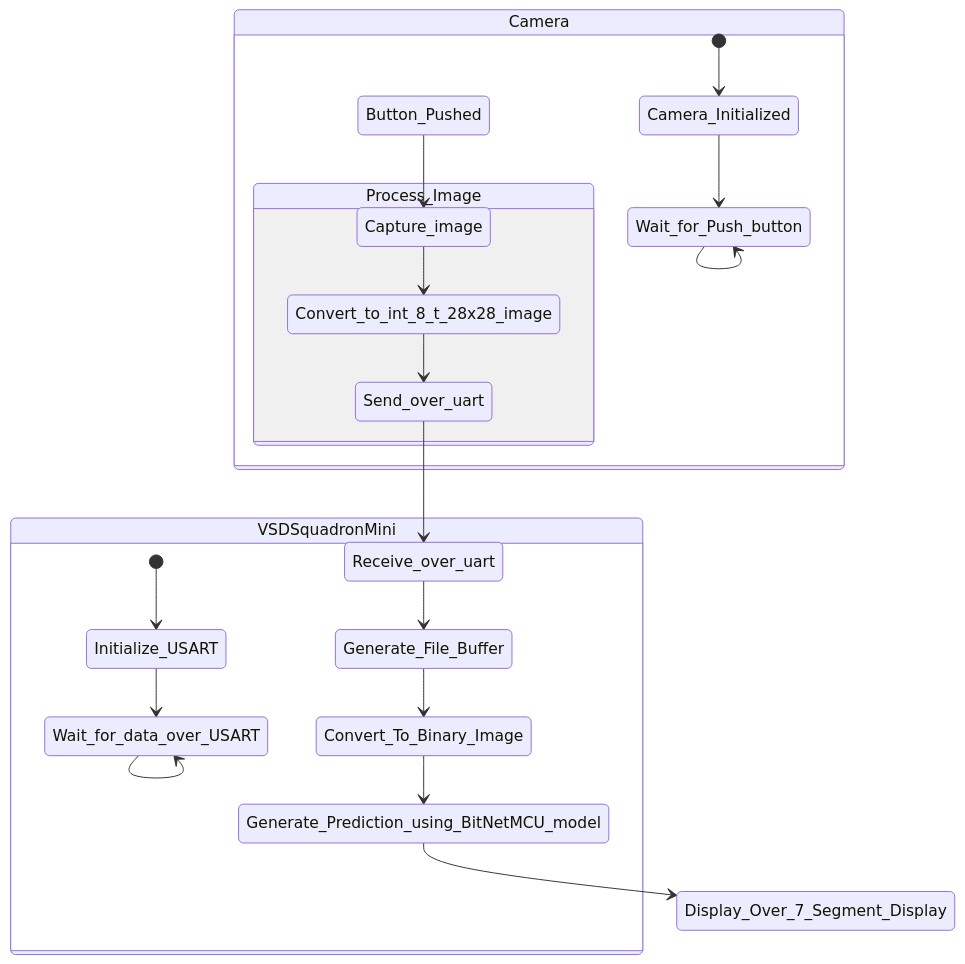
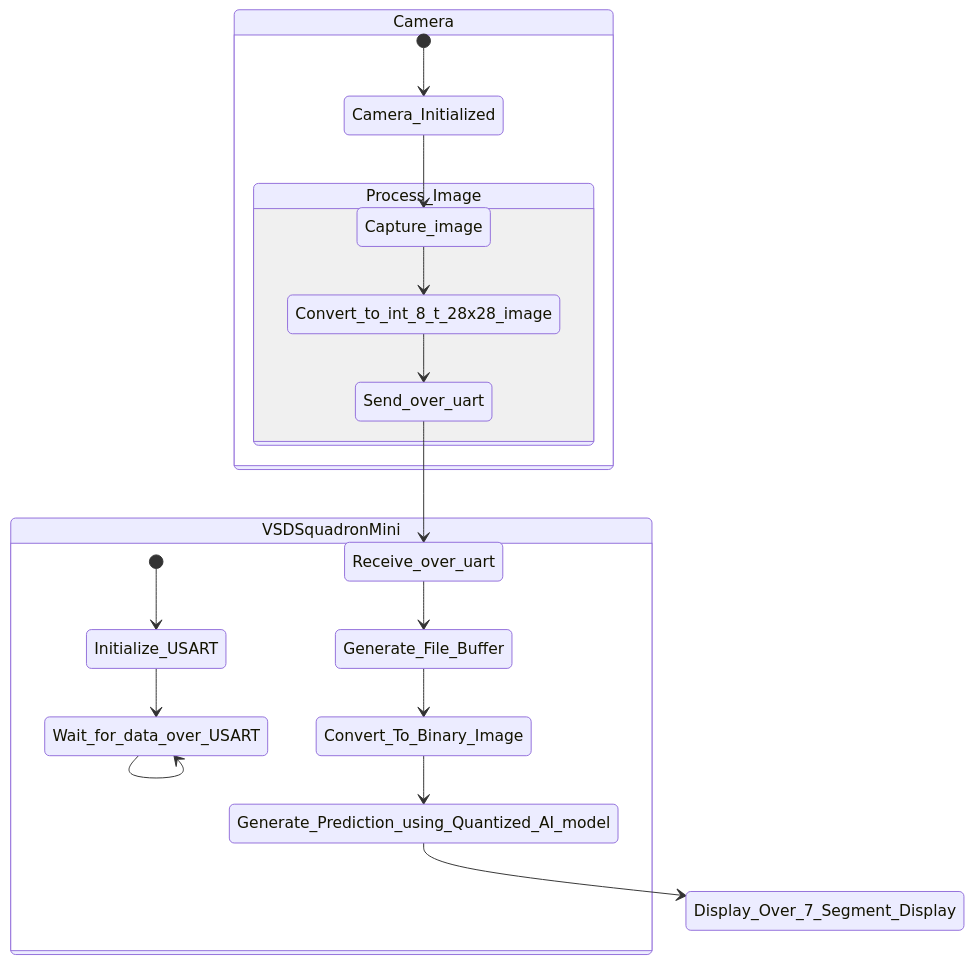
One commit to dhanvantibhavsar/SEMICON2024_Quantized_AI_Model changed the second of 2 diagrams in VSD_Prediction/readme.md. Above: the diagram before and after it, drawn with Mermaid. The commit also changed other lines of this file and 1 other file, not shown here.

Commit message:
updated repo

````diff
--- a/VSD_Prediction/readme.md
+++ b/VSD_Prediction/readme.md
@@ -49,27 +49,23 @@
 ```mermaid
 stateDiagram-v2
-Button_Pushed
 state VSDSquadronMini{
     [*]-->Initialize_USART
     Initialize_USART --> Wait_for_data_over_USART
     Wait_for_data_over_USART --> Wait_for_data_over_USART
     Send_over_uart --> Receive_over_uart
     Receive_over_uart --> Generate_File_Buffer
     Generate_File_Buffer --> Convert_To_Binary_Image
-   Convert_To_Binary_Image --> Generate_Prediction_using_BitNetMCU_model
+   Convert_To_Binary_Image --> Generate_Prediction_using_Quantized_AI_model
     
 }
-Generate_Prediction_using_BitNetMCU_model--> Display_Over_7_Segment_Display
+Generate_Prediction_using_Quantized_AI_model--> Display_Over_7_Segment_Display
 state Camera{
     [*] --> Camera_Initialized
-    Camera_Initialized --> Wait_for_Push_button
-    Wait_for_Push_button --> Wait_for_Push_button
-    Button_Pushed --> Capture_image
-
+    Camera_Initialized --> Capture_image
     state Process_Image {
         Capture_image --> Convert_to_int_8_t_28x28_image
         Convert_to_int_8_t_28x28_image --> Send_over_uart
     }
     
 }
 ```
````
